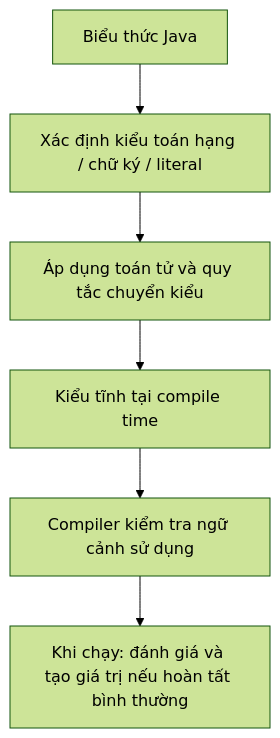
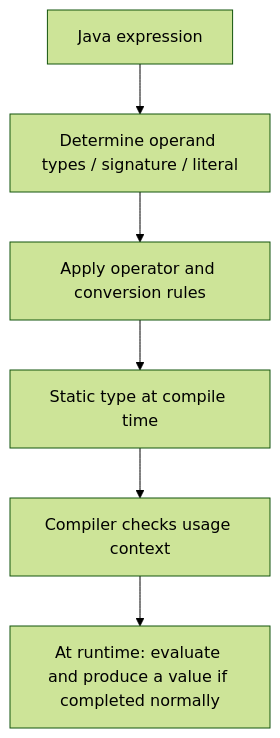
One commit to phuongnguyenit93/learning-platform-data changed the diagram in module/platform/development/programming/language/java/core/language-basics/content/knowledge/en/13.expressions/expressions-001.md. Above: the diagram before and after it, drawn with Mermaid (forest theme). The commit also changed other lines of this file and 2307 other files, not shown here.

```diff
--- a/module/platform/development/programming/language/java/core/language-basics/content/knowledge/en/13.expressions/expressions-001.md
+++ b/module/platform/development/programming/language/java/core/language-basics/content/knowledge/en/13.expressions/expressions-001.md
@@ -90,8 +90,8 @@
 ~~~mermaid
 flowchart TD
-    A["Biểu thức Java"] --> B["Xác định kiểu toán hạng / chữ ký / literal"]
-    B --> C["Áp dụng toán tử và quy tắc chuyển kiểu"]
-    C --> D["Kiểu tĩnh tại compile time"]
-    D --> E["Compiler kiểm tra ngữ cảnh sử dụng"]
-    E --> F["Khi chạy: đánh giá và tạo giá trị nếu hoàn tất bình thường"]
+    A["Java expression"] --> B["Determine operand types / signature / literal"]
+    B --> C["Apply operator and conversion rules"]
+    C --> D["Static type at compile time"]
+    D --> E["Compiler checks usage context"]
+    E --> F["At runtime: evaluate and produce a value if completed normally"]
 ~~~
```
